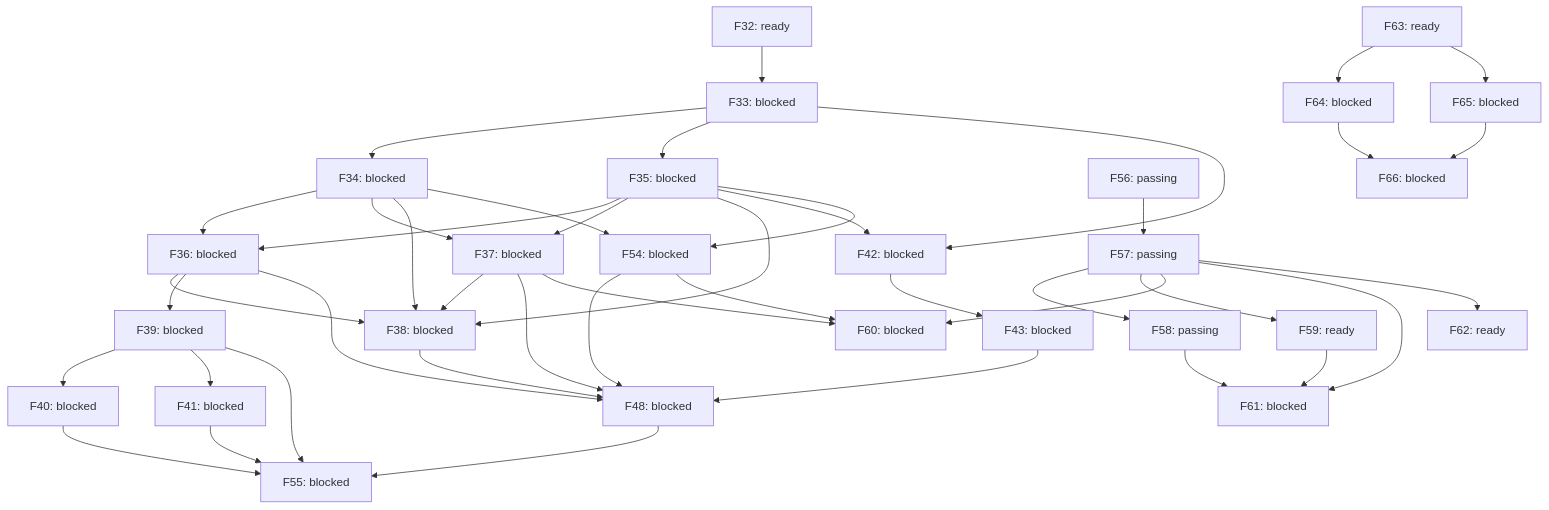
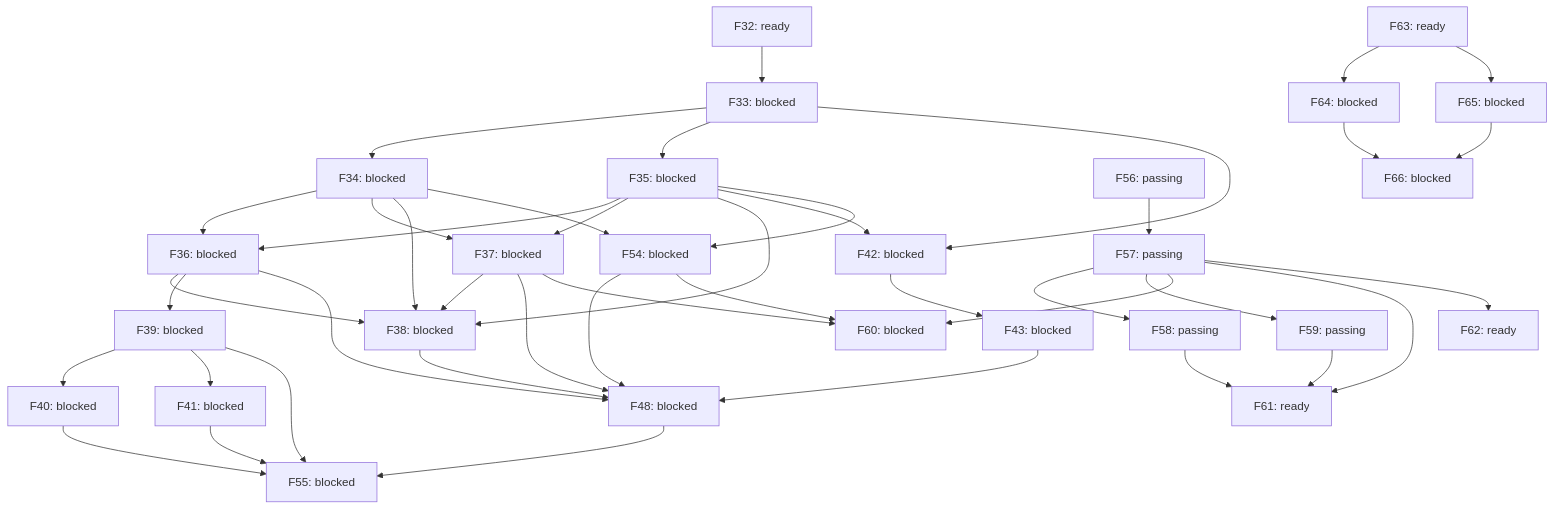
The diagram in docs/roadmap-graph.md (alex-nax/rengine), drawn with Mermaid before and after one commit. The commit also changed other lines of this file and 7 other files, not shown here.

````diff
--- a/docs/roadmap-graph.md
+++ b/docs/roadmap-graph.md
@@ -7,71 +7,71 @@
 ```mermaid
 flowchart TD
   F32["F32: ready"]
   F33["F33: blocked"]
   F32 --> F33
   F34["F34: blocked"]
   F33 --> F34
   F35["F35: blocked"]
   F33 --> F35
   F36["F36: blocked"]
   F34 --> F36
   F35 --> F36
   F37["F37: blocked"]
   F34 --> F37
   F35 --> F37
   F38["F38: blocked"]
   F34 --> F38
   F35 --> F38
   F36 --> F38
   F37 --> F38
   F39["F39: blocked"]
   F36 --> F39
   F40["F40: blocked"]
   F39 --> F40
   F41["F41: blocked"]
   F39 --> F41
   F42["F42: blocked"]
   F33 --> F42
   F35 --> F42
   F43["F43: blocked"]
   F42 --> F43
   F48["F48: blocked"]
   F36 --> F48
   F37 --> F48
   F38 --> F48
   F43 --> F48
   F54 --> F48
   F54["F54: blocked"]
   F34 --> F54
   F35 --> F54
   F55["F55: blocked"]
   F39 --> F55
   F40 --> F55
   F41 --> F55
   F48 --> F55
   F56["F56: passing"]
   F57["F57: passing"]
   F56 --> F57
   F58["F58: passing"]
   F57 --> F58
-  F59["F59: ready"]
+  F59["F59: passing"]
   F57 --> F59
   F60["F60: blocked"]
   F57 --> F60
   F37 --> F60
   F54 --> F60
-  F61["F61: blocked"]
+  F61["F61: ready"]
   F57 --> F61
   F58 --> F61
   F59 --> F61
   F62["F62: ready"]
   F57 --> F62
   F63["F63: ready"]
   F64["F64: blocked"]
   F63 --> F64
   F65["F65: blocked"]
   F63 --> F65
   F66["F66: blocked"]
   F65 --> F66
   F64 --> F66
 ```
````
